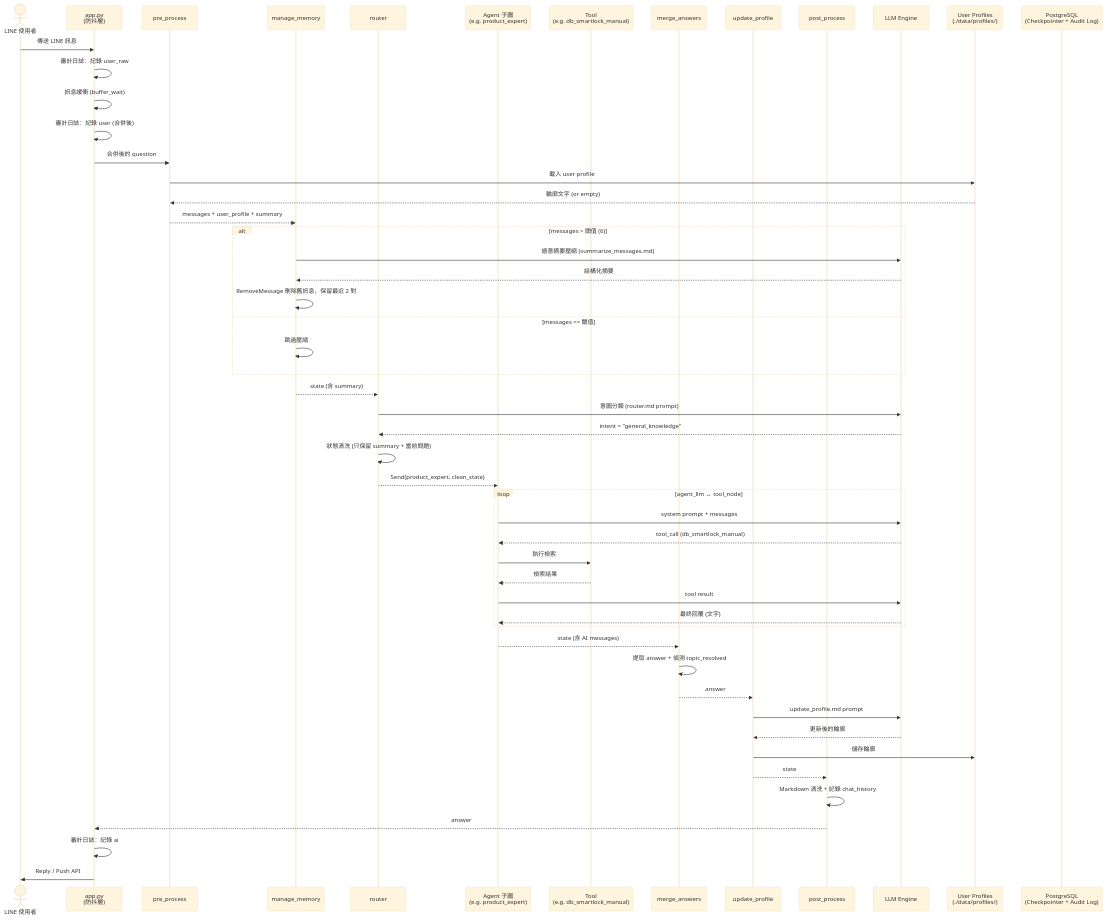
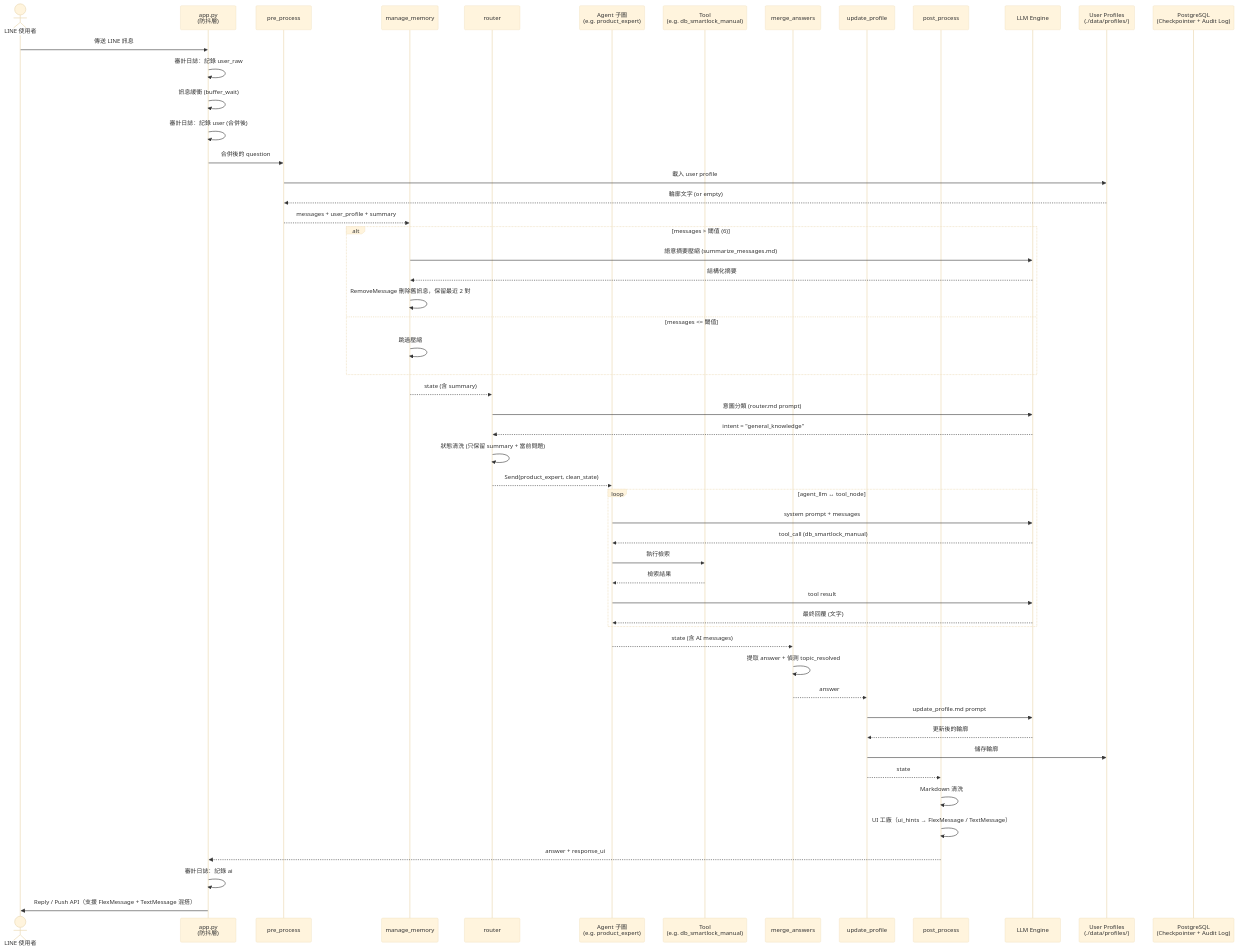
Before and after one commit to Imding1211/lock_AI_Agent: the second of 5 diagrams in docs/manuals/系統架構與流程圖.md, drawn with Mermaid (base theme). The commit also changed other lines of this file and 17 other files, not shown here.

First line of the commit message:
feat: 配置驅動的 LINE Rich UI，YouTube 檢索結果以 FlexMessage 影片卡片呈現

````diff
--- a/docs/manuals/系統架構與流程圖.md
+++ b/docs/manuals/系統架構與流程圖.md
@@ -163,63 +172,64 @@
 ```mermaid
 sequenceDiagram
     actor User as LINE 使用者
     participant App as app.py<br/>(防抖層)
     participant PP as pre_process
     participant MM as manage_memory
     participant RT as router
     participant Agent as Agent 子圖<br/>(e.g. product_expert)
     participant Tool as Tool<br/>(e.g. db_smartlock_manual)
     participant MA as merge_answers
     participant UP as update_profile
     participant Post as post_process
     participant LLM as LLM Engine
     participant Profile as User Profiles<br/>(./data/profiles/)
     participant PG as PostgreSQL<br/>(Checkpointer + Audit Log)
 
     User->>App: 傳送 LINE 訊息
     App->>App: 審計日誌：記錄 user_raw
     App->>App: 訊息緩衝 (buffer_wait)
     App->>App: 審計日誌：記錄 user (合併後)
     App->>PP: 合併後的 question
 
     PP->>Profile: 載入 user profile
     Profile-->>PP: 輪廓文字 (or empty)
     PP-->>MM: messages + user_profile + summary
 
     alt messages > 閾值 (6)
         MM->>LLM: 語意摘要壓縮 (summarize_messages.md)
         LLM-->>MM: 結構化摘要
         MM->>MM: RemoveMessage 刪除舊訊息，保留最近 2 對
     else messages <= 閾值
         MM->>MM: 跳過壓縮
     end
     MM-->>RT: state (含 summary)
 
     RT->>LLM: 意圖分類 (router.md prompt)
     LLM-->>RT: intent = "general_knowledge"
     RT->>RT: 狀態清洗 (只保留 summary + 當前問題)
     RT-->>Agent: Send(product_expert, clean_state)
 
     loop agent_llm ↔ tool_node
         Agent->>LLM: system prompt + messages
         LLM-->>Agent: tool_call (db_smartlock_manual)
         Agent->>Tool: 執行檢索
         Tool-->>Agent: 檢索結果
         Agent->>LLM: tool result
         LLM-->>Agent: 最終回覆 (文字)
     end
 
     Agent-->>MA: state (含 AI messages)
     MA->>MA: 提取 answer + 偵測 topic_resolved
 
     MA-->>UP: answer
     UP->>LLM: update_profile.md prompt
     LLM-->>UP: 更新後的輪廓
     UP->>Profile: 儲存輪廓
 
     UP-->>Post: state
-    Post->>Post: Markdown 清洗 + 記錄 chat_history
-    Post-->>App: answer
+    Post->>Post: Markdown 清洗
+    Post->>Post: UI 工廠（ui_hints → FlexMessage / TextMessage）
+    Post-->>App: answer + response_ui
     App->>App: 審計日誌：記錄 ai
-    App->>User: Reply / Push API
+    App->>User: Reply / Push API（支援 FlexMessage + TextMessage 混搭）
 ```
````
